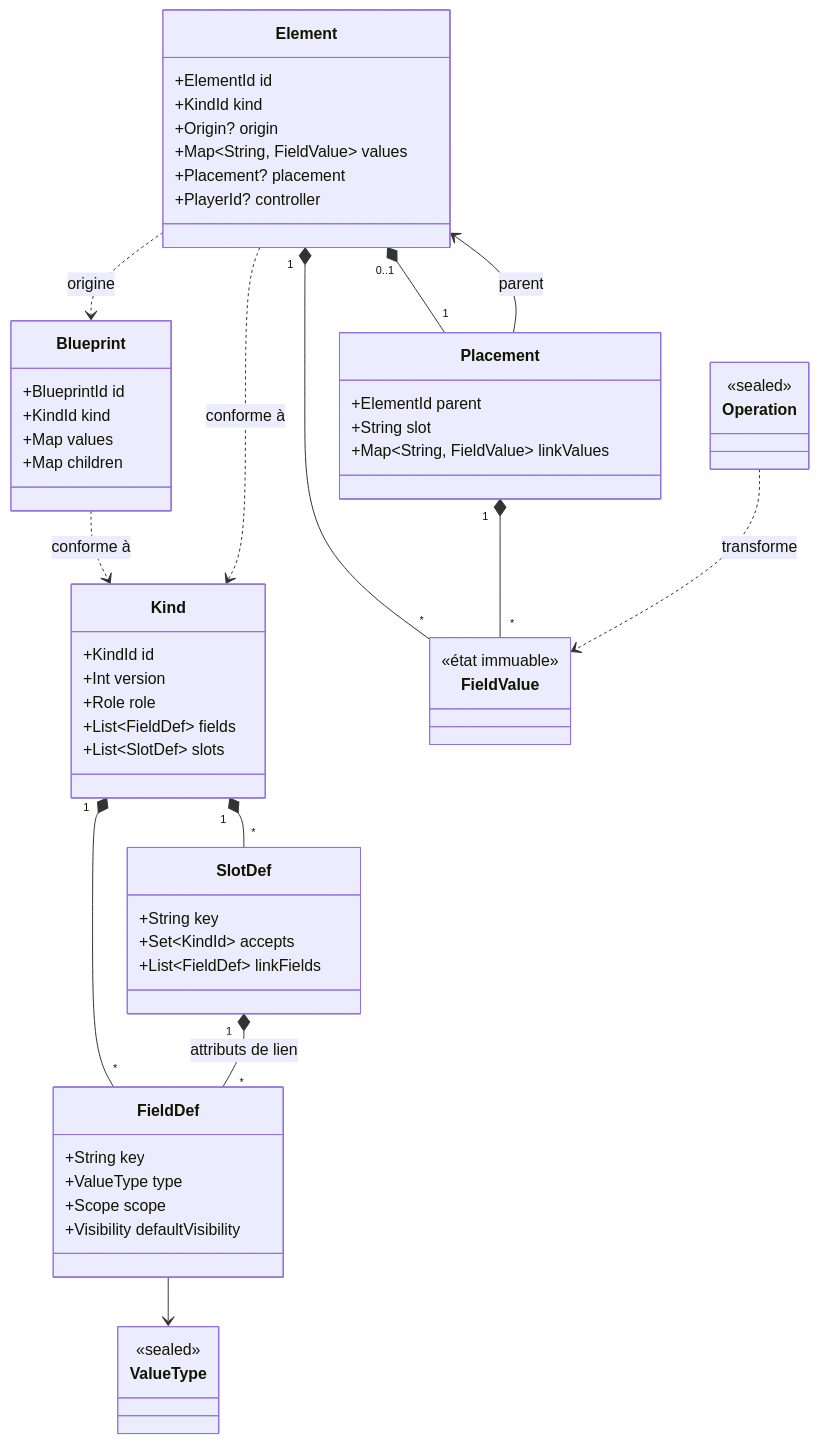
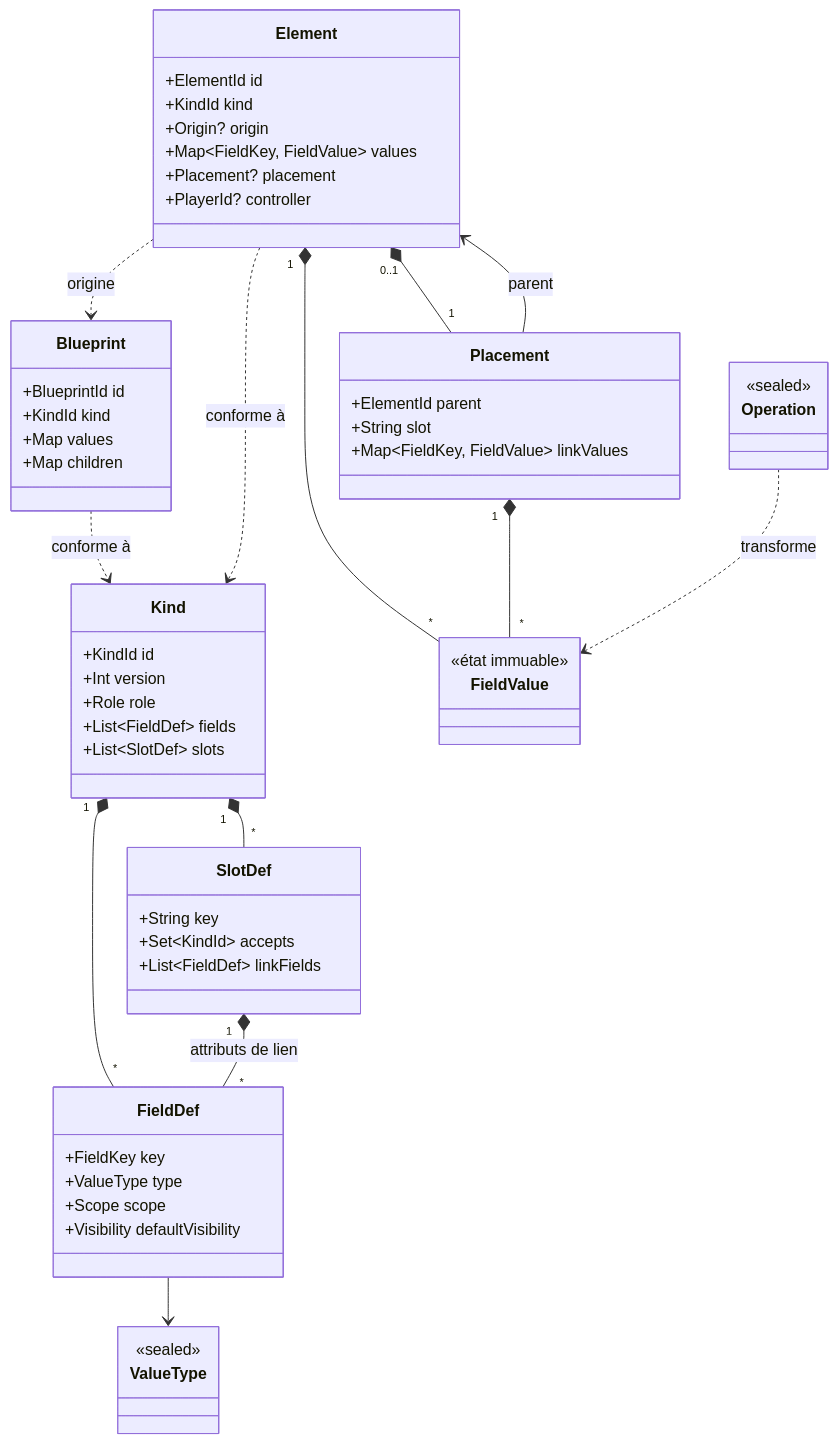
The third of 6 diagrams in docs/conception-core.md (Esteban-DA-COSTA/RpgAssistant), drawn with Mermaid before and after one commit. The commit also changed other lines of this file and 10 other files, not shown here.

First line of the commit message:
Type les clés de champ avec FieldKey

````diff
--- a/docs/conception-core.md
+++ b/docs/conception-core.md
@@ -148,62 +149,62 @@
 ```mermaid
 classDiagram
     class Kind {
         +KindId id
         +Int version
         +Role role
         +List~FieldDef~ fields
         +List~SlotDef~ slots
     }
     class FieldDef {
-        +String key
+        +FieldKey key
         +ValueType type
         +Scope scope
         +Visibility defaultVisibility
     }
     class SlotDef {
         +String key
         +Set~KindId~ accepts
         +List~FieldDef~ linkFields
     }
     class ValueType {
         <<sealed>>
     }
     class FieldValue {
         <<état immuable>>
     }
     class Blueprint {
         +BlueprintId id
         +KindId kind
         +Map values
         +Map children
     }
     class Element {
         +ElementId id
         +KindId kind
         +Origin? origin
-        +Map~String, FieldValue~ values
+        +Map~FieldKey, FieldValue~ values
         +Placement? placement
         +PlayerId? controller
     }
     class Placement {
         +ElementId parent
         +String slot
-        +Map~String, FieldValue~ linkValues
+        +Map~FieldKey, FieldValue~ linkValues
     }
     class Operation {
         <<sealed>>
     }
 
     Kind "1" *-- "*" FieldDef
     Kind "1" *-- "*" SlotDef
     SlotDef "1" *-- "*" FieldDef : attributs de lien
     FieldDef --> ValueType
     Blueprint ..> Kind : conforme à
     Element ..> Kind : conforme à
     Element ..> Blueprint : origine
     Element "1" *-- "*" FieldValue
     Element "0..1" *-- "1" Placement
     Placement "1" *-- "*" FieldValue
     Placement --> Element : parent
     Operation ..> FieldValue : transforme
 ```
````
